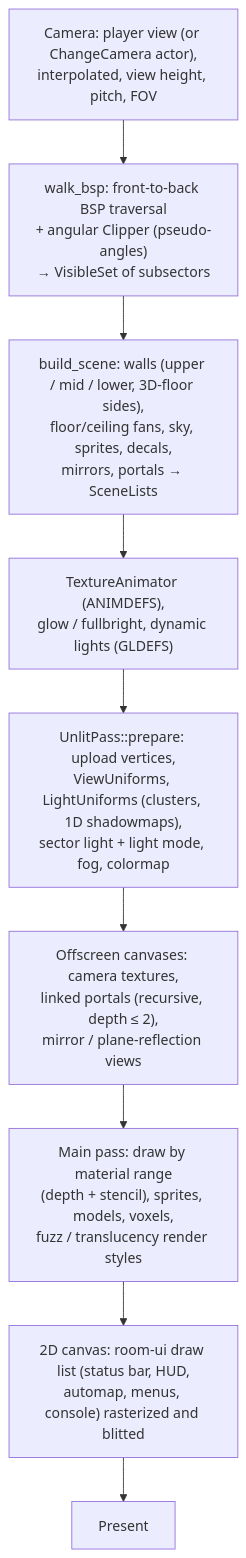
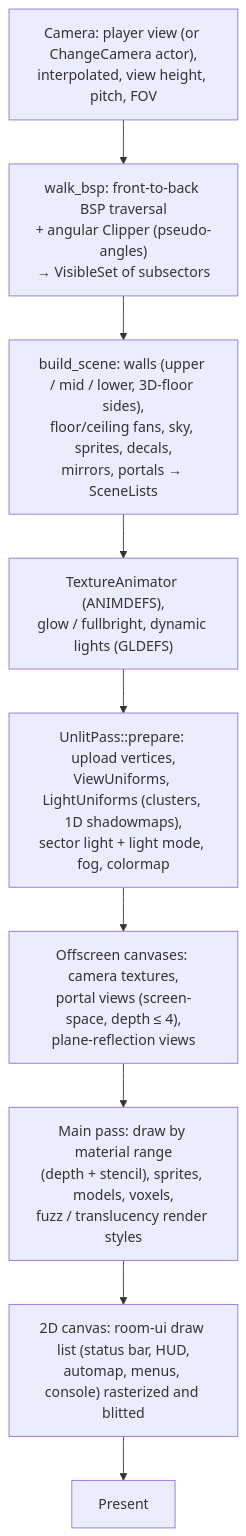
Before and after one commit to ping2A/room: diagram 13 of 25 in docs/24-engine-internals.md, drawn with Mermaid. The commit also changed other lines of this file and 133 other files, not shown here.

````diff
--- a/docs/24-engine-internals.md
+++ b/docs/24-engine-internals.md
@@ -537,11 +537,11 @@
 ```mermaid
 flowchart TB
   CAM["Camera: player view (or ChangeCamera actor),<br/>interpolated, view height, pitch, FOV"] --> BSP
   BSP["walk_bsp: front-to-back BSP traversal<br/>+ angular Clipper (pseudo-angles)<br/>→ VisibleSet of subsectors"] --> SCN
   SCN["build_scene: walls (upper / mid / lower, 3D-floor sides),<br/>floor/ceiling fans, sky, sprites, decals,<br/>mirrors, portals → SceneLists"] --> ANI
   ANI["TextureAnimator (ANIMDEFS),<br/>glow / fullbright, dynamic lights (GLDEFS)"] --> PREP
   PREP["UnlitPass::prepare: upload vertices,<br/>ViewUniforms, LightUniforms (clusters, 1D shadowmaps),<br/>sector light + light mode, fog, colormap"] --> OFF
-  OFF["Offscreen canvases: camera textures,<br/>linked portals (recursive, depth ≤ 2),<br/>mirror / plane-reflection views"] --> MAIN
+  OFF["Offscreen canvases: camera textures,<br/>portal views (screen-space, depth ≤ 4),<br/>plane-reflection views"] --> MAIN
   MAIN["Main pass: draw by material range<br/>(depth + stencil), sprites, models, voxels,<br/>fuzz / translucency render styles"] --> HUDP
   HUDP["2D canvas: room-ui draw list (status bar, HUD,<br/>automap, menus, console) rasterized and blitted"] --> PRES["Present"]
 ```
````
